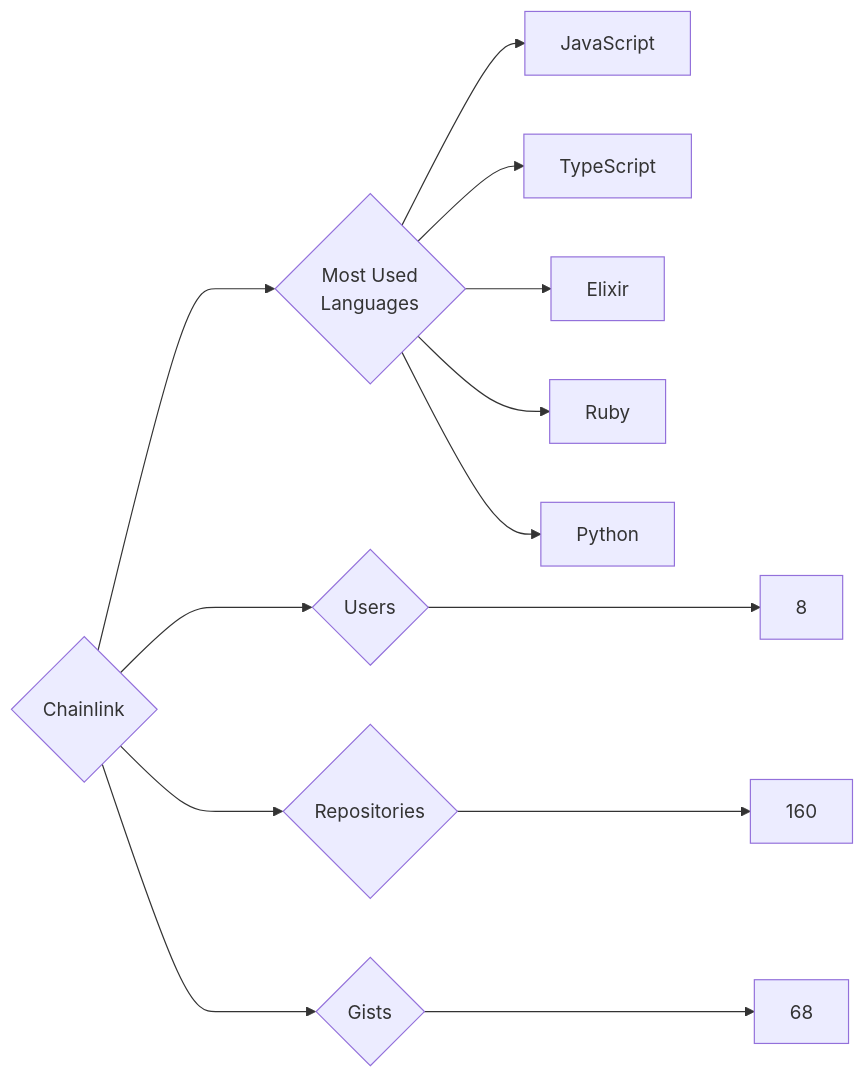
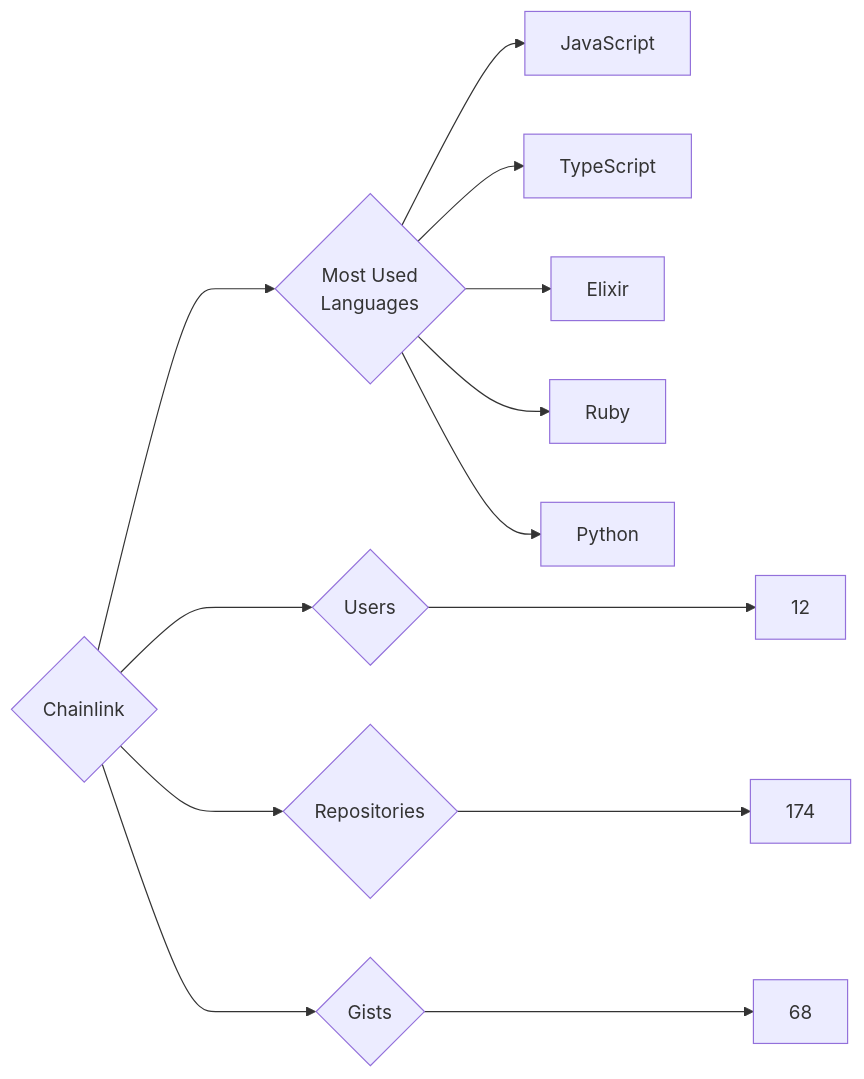
The diagram in targets/Chainlink/README.md (trickest/insiders), drawn with Mermaid before and after one commit. The commit also changed 1166 other files, not shown here.

````diff
--- a/targets/Chainlink/README.md
+++ b/targets/Chainlink/README.md
@@ -3,13 +3,13 @@
 ```mermaid
 graph LR
 COMPANY_NAME{Chainlink}
-COMPANY_NAME ---> U{Users} ---> UN[8]
-COMPANY_NAME ---> R{Repositories} ---> RN[160]
+COMPANY_NAME ---> U{Users} ---> UN[12]
+COMPANY_NAME ---> R{Repositories} ---> RN[174]
 COMPANY_NAME ---> G{Gists} ---> GN[68]
 COMPANY_NAME ---> ML{Most Used<br>Languages}
 ML --> JavaScript[JavaScript]
 ML --> TypeScript[TypeScript]
 ML --> Elixir[Elixir]
 ML --> Ruby[Ruby]
 ML --> Python[Python]
 ```
````
